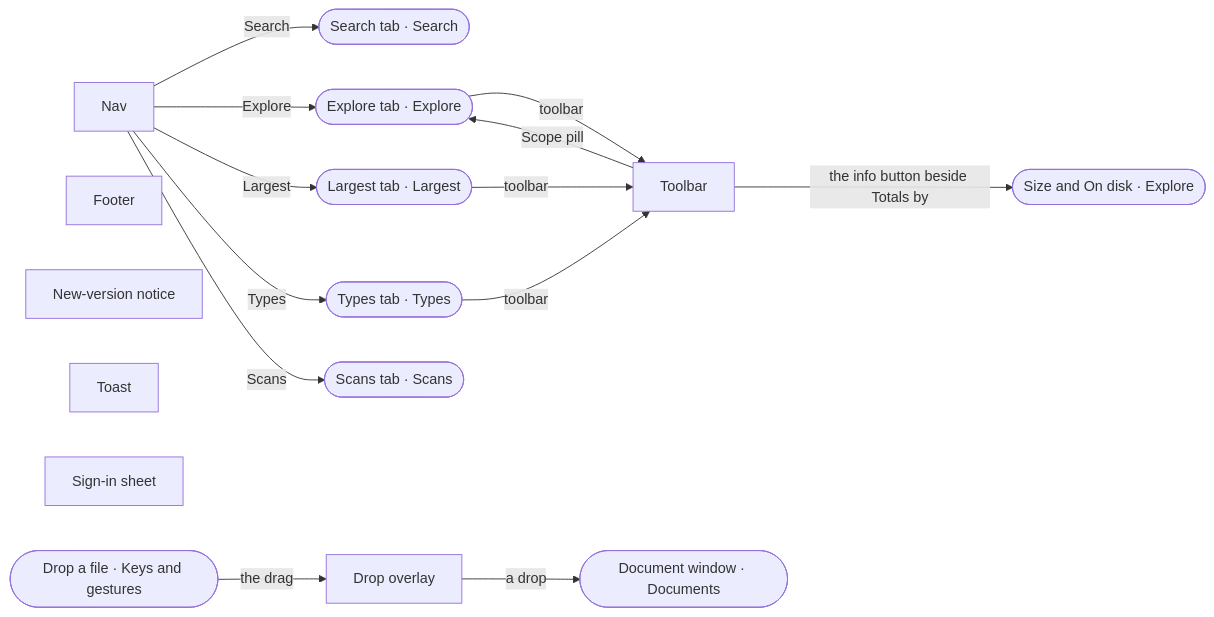
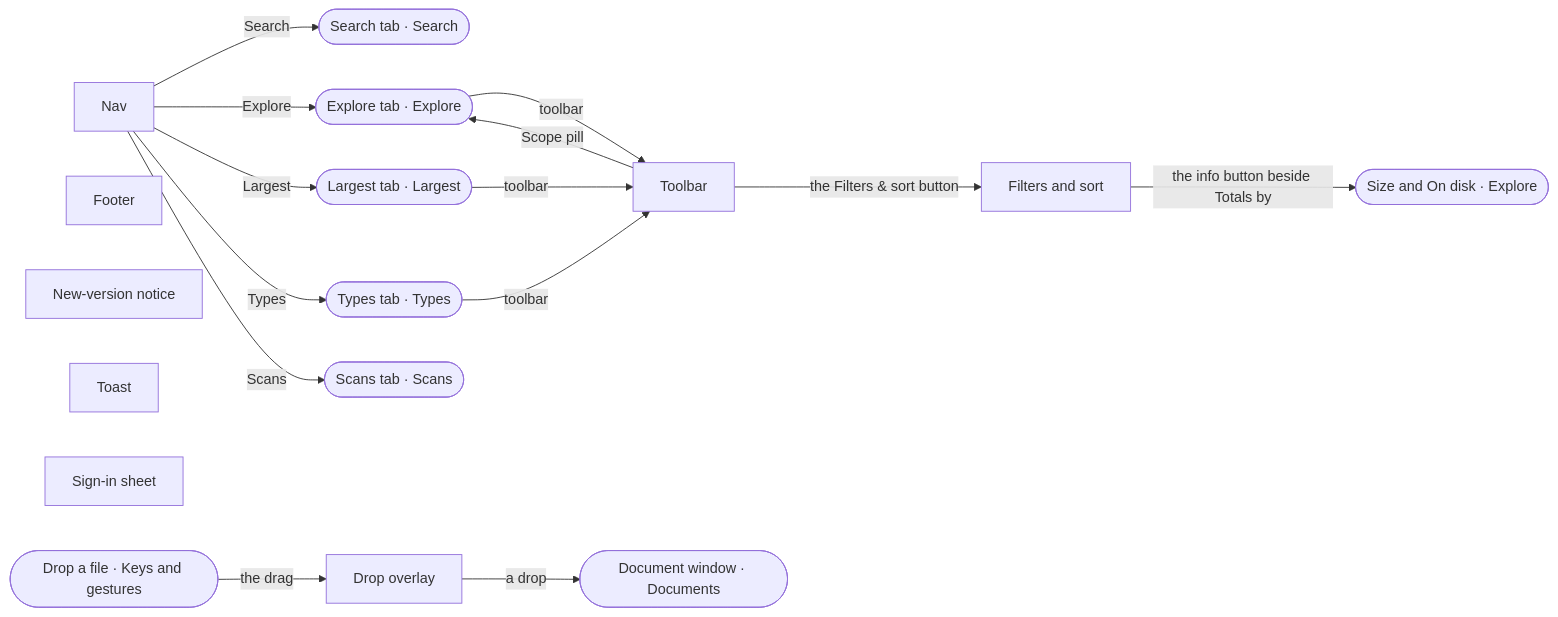
The first of 10 diagrams in docs/ux-surface-map.md (ferraroroberto/folder-explorer), drawn with Mermaid before and after one commit. The commit also changed other lines of this file and 18 other files, not shown here.

First line of the commit message:
feat: one Filters & sort sheet on Explore, Largest, Types and Search (#267)

````diff
--- a/docs/ux-surface-map.md
+++ b/docs/ux-surface-map.md
@@ -84,30 +84,32 @@
 ```mermaid
 flowchart LR
   s0["Nav"]
   s1["Toolbar"]
-  s2["Footer"]
-  s3["New-version notice"]
-  s4["Toast"]
-  s5["Sign-in sheet"]
-  s6["Drop overlay"]
-  s7(["Search tab · Search"])
+  s2["Filters and sort"]
+  s3["Footer"]
+  s4["New-version notice"]
+  s5["Toast"]
+  s6["Sign-in sheet"]
+  s7["Drop overlay"]
+  s8(["Search tab · Search"])
   s15(["Explore tab · Explore"])
   s21(["Largest tab · Largest"])
   s24(["Types tab · Types"])
   s26(["Scans tab · Scans"])
   s20(["Size and On disk · Explore"])
   s37(["Document window · Documents"])
   s73(["Drop a file · Keys and gestures"])
-  s0 -->|"Search"| s7
+  s0 -->|"Search"| s8
   s0 -->|"Explore"| s15
   s0 -->|"Largest"| s21
   s0 -->|"Types"| s24
   s0 -->|"Scans"| s26
-  s1 -->|"the info button beside Totals by"| s20
+  s1 -->|"the Filters & sort button"| s2
   s1 -->|"Scope pill"| s15
-  s6 -->|"a drop"| s37
+  s2 -->|"the info button beside Totals by"| s20
+  s7 -->|"a drop"| s37
   s15 -->|"toolbar"| s1
   s21 -->|"toolbar"| s1
   s24 -->|"toolbar"| s1
-  s73 -->|"the drag"| s6
+  s73 -->|"the drag"| s7
 ```
````
